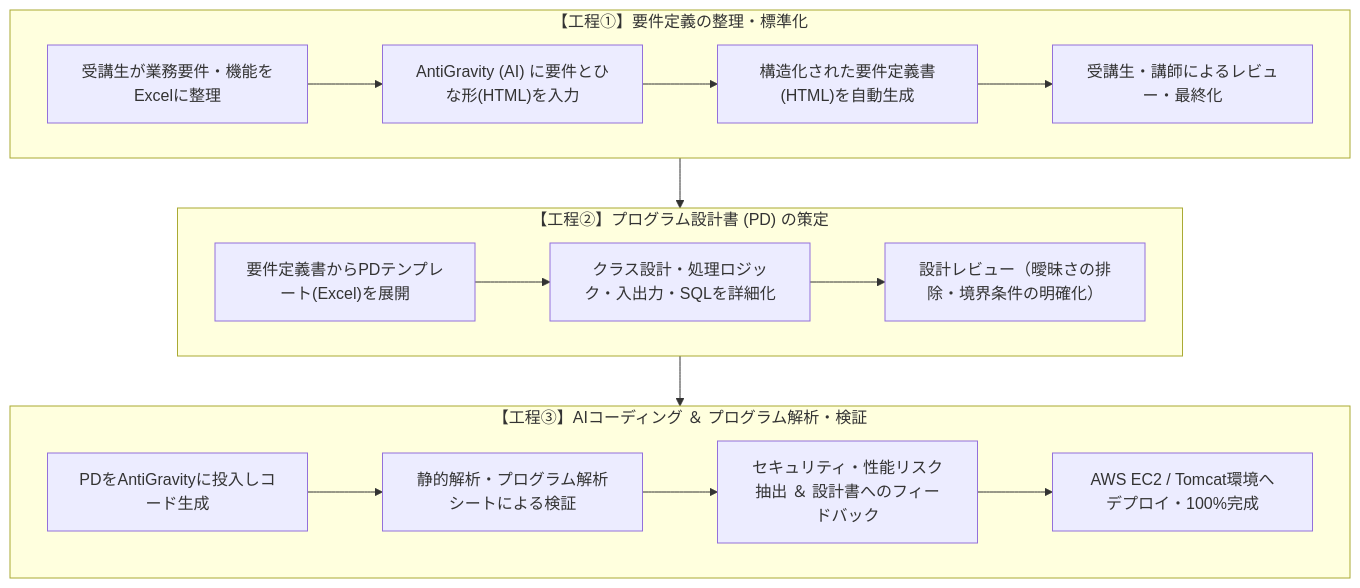
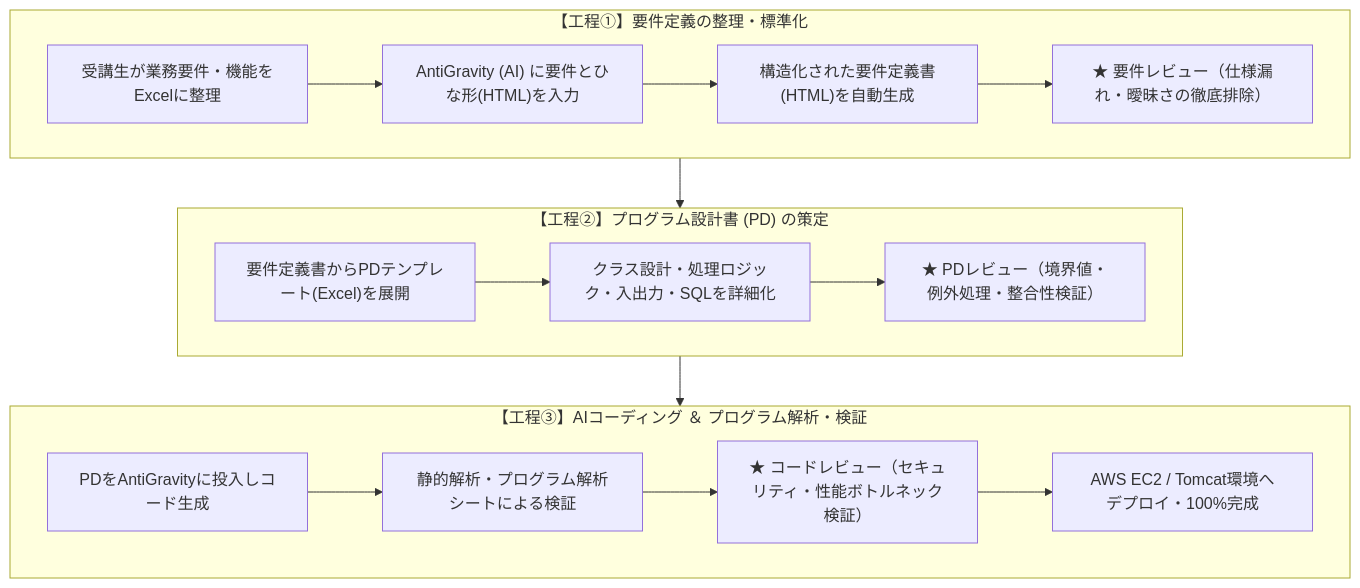
One commit to hadano-nobuyuki/ai-programming-training-portfolio changed the first of 2 diagrams in README.md. Above: the diagram before and after it, drawn with Mermaid. The commit also changed other lines of this file, not shown here.

````diff
--- a/README.md
+++ b/README.md
@@ -25,21 +41,21 @@
 ```mermaid
 flowchart TD
     subgraph Step1["【工程①】要件定義の整理・標準化"]
         A1["受講生が業務要件・機能をExcelに整理"] --> A2["AntiGravity (AI) に要件とひな形(HTML)を入力"]
         A2 --> A3["構造化された要件定義書(HTML)を自動生成"]
-        A3 --> A4["受講生・講師によるレビュー・最終化"]
+        A3 --> A4["★ 要件レビュー（仕様漏れ・曖昧さの徹底排除）"]
     end
 
     subgraph Step2["【工程②】プログラム設計書 (PD) の策定"]
         B1["要件定義書からPDテンプレート(Excel)を展開"] --> B2["クラス設計・処理ロジック・入出力・SQLを詳細化"]
-        B2 --> B3["設計レビュー（曖昧さの排除・境界条件の明確化）"]
+        B2 --> B3["★ PDレビュー（境界値・例外処理・整合性検証）"]
     end
 
     subgraph Step3["【工程③】AIコーディング ＆ プログラム解析・検証"]
         C1["PDをAntiGravityに投入しコード生成"] --> C2["静的解析・プログラム解析シートによる検証"]
-        C2 --> C3["セキュリティ・性能リスク抽出 ＆ 設計書へのフィードバック"]
+        C2 --> C3["★ コードレビュー（セキュリティ・性能ボトルネック検証）"]
         C3 --> C4["AWS EC2 / Tomcat環境へデプロイ・100%完成"]
     end
 
     Step1 --> Step2 --> Step3
 ```
````
